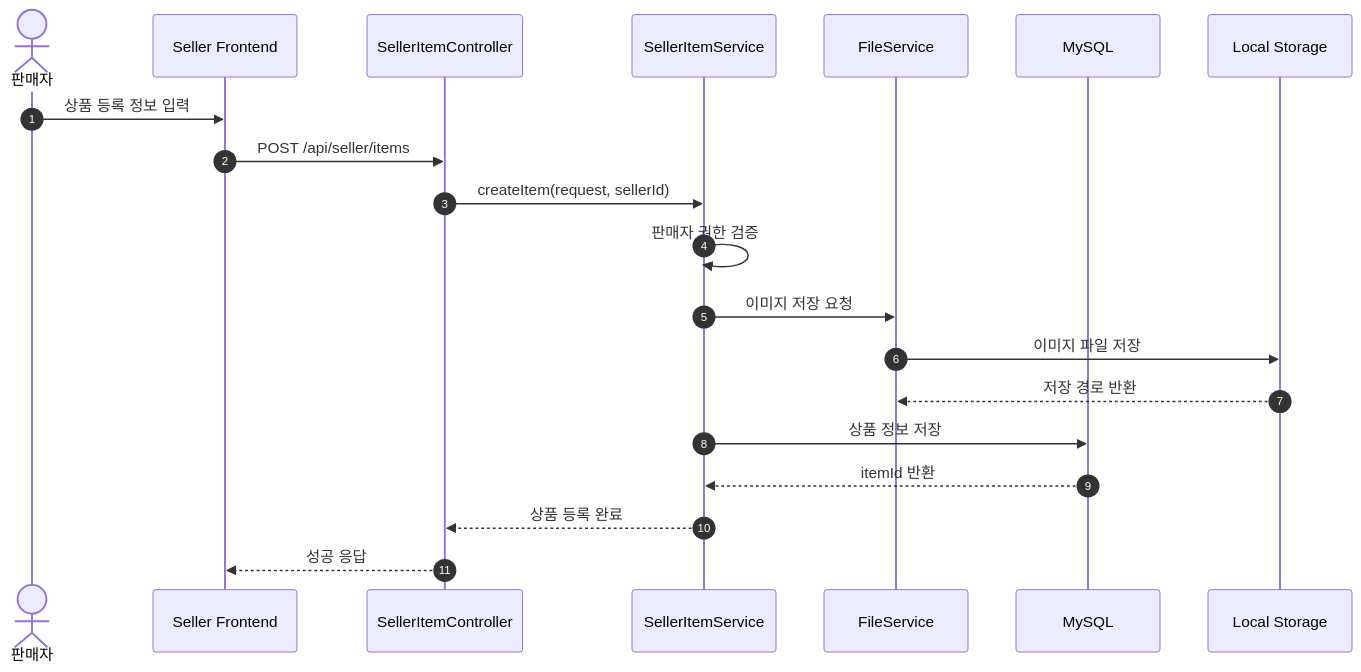
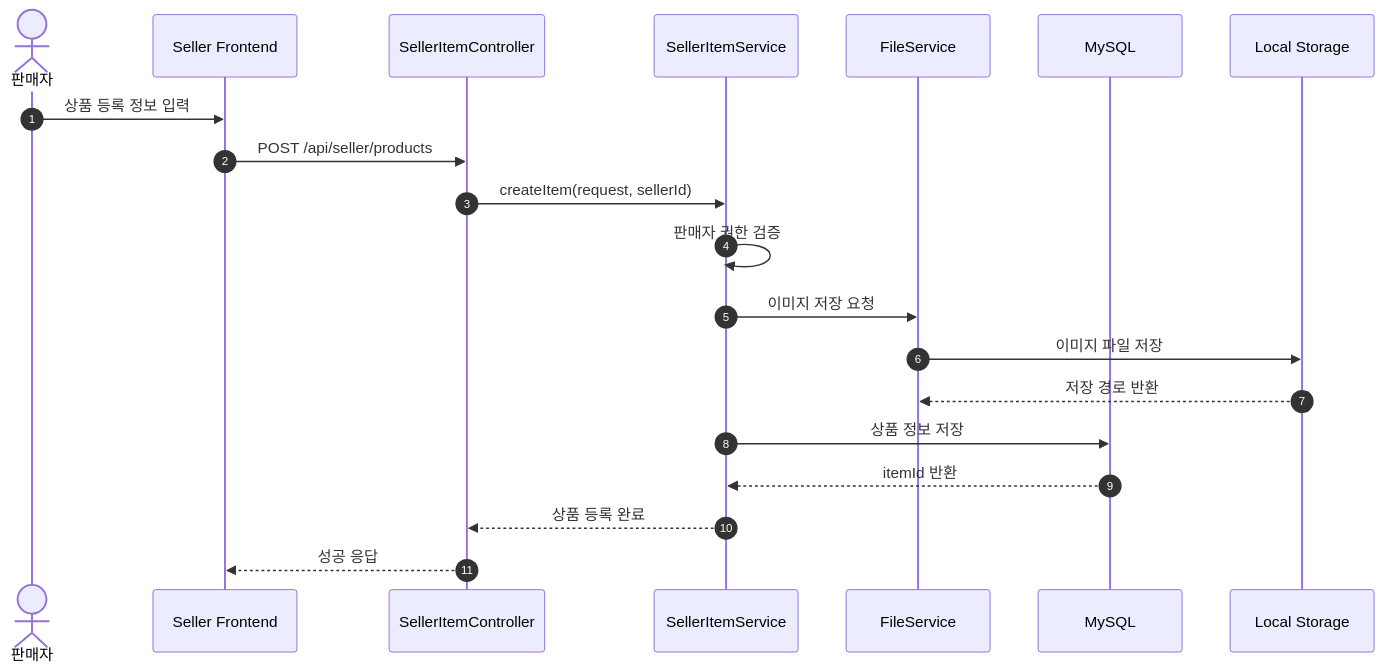
Before and after one commit to one-stop-project/one-stop-project-docs: diagram 11 of 27 in documents/sequence/domain-sequence-diagrams.md, drawn with Mermaid. The commit also changed other lines of this file and 6 other files, not shown here.

Commit message:
공통 문서(엔티티 관계도·에러코드·플로우·시퀀스) 코드 정합화 및 에러코드 레퍼런스 신설

````diff
--- a/documents/sequence/domain-sequence-diagrams.md
+++ b/documents/sequence/domain-sequence-diagrams.md
@@ -497,26 +497,26 @@
 ```mermaid
 sequenceDiagram
     autonumber
     actor Seller as 판매자
     participant FE as Seller Frontend
     participant SellerController as SellerItemController
     participant SellerService as SellerItemService
     participant FileService as FileService
     participant DB as MySQL
     participant Storage as Local Storage
 
     Seller->>FE: 상품 등록 정보 입력
-    FE->>SellerController: POST /api/seller/items
+    FE->>SellerController: POST /api/seller/products
     SellerController->>SellerService: createItem(request, sellerId)
 
     SellerService->>SellerService: 판매자 권한 검증
     SellerService->>FileService: 이미지 저장 요청
     FileService->>Storage: 이미지 파일 저장
     Storage-->>FileService: 저장 경로 반환
 
     SellerService->>DB: 상품 정보 저장
     DB-->>SellerService: itemId 반환
 
     SellerService-->>SellerController: 상품 등록 완료
     SellerController-->>FE: 성공 응답
 ```
````
